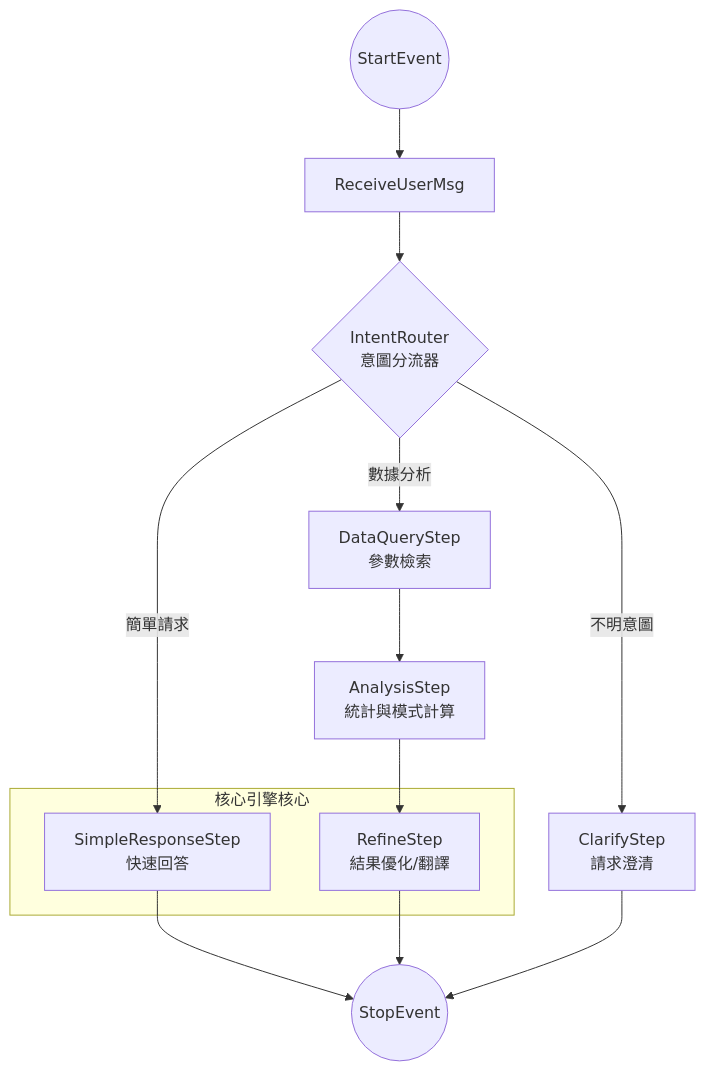
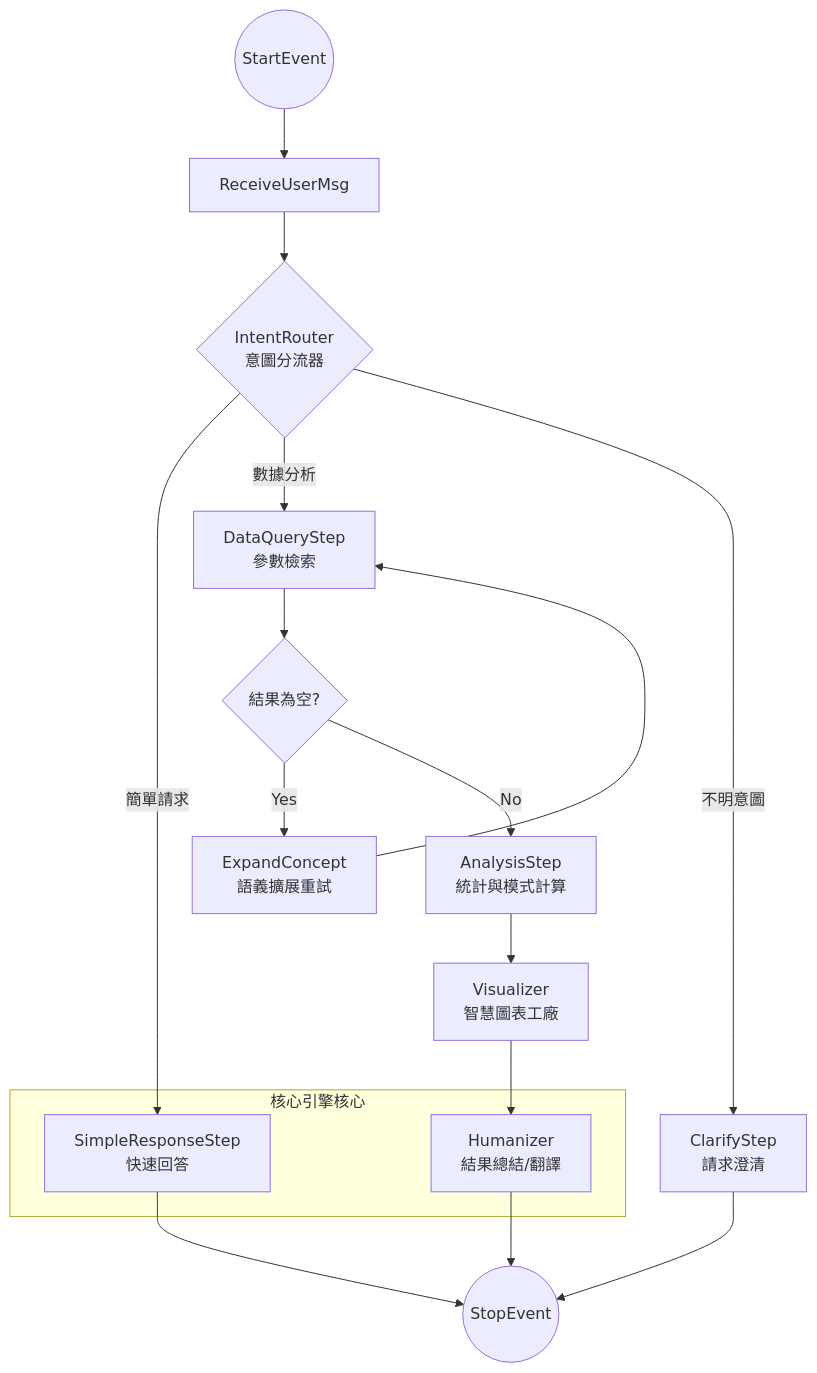
One commit to eaoge0318/Sigma2 changed the first of 2 diagrams in ai_agent/workflow_principle.md. Above: the diagram before and after it, drawn with Mermaid. The commit also changed other lines of this file and 25 other files, not shown here.

First line of the commit message:
feat(analysis): refine real-time status display and optimize large data handling

````diff
--- a/ai_agent/workflow_principle.md
+++ b/ai_agent/workflow_principle.md
@@ -11,26 +11,30 @@
 ```mermaid
 graph TD
     %% 起點
     Start((StartEvent)) --> Receive[ReceiveUserMsg]
     Receive --> Router{IntentRouter<br/>意圖分流器}
 
     %% 路徑 A: 簡單任務 (如：文字翻譯、純聊天)
     Router -- "簡單請求" --> SimplePath[SimpleResponseStep<br/>快速回答]
     SimplePath --> Stop((StopEvent))
 
     %% 路徑 B: 複雜任務 (如：數據量化分析)
     Router -- "數據分析" --> Query[DataQueryStep<br/>參數檢索]
-    Query --> Calc[AnalysisStep<br/>統計與模式計算]
-    Calc --> Refine[RefineStep<br/>結果優化/翻譯]
+    Query --> Check{結果為空?}
+    Check -- Yes --> Expand[ExpandConcept<br/>語義擴展重試]
+    Expand --> Query
+    Check -- No --> Calc[AnalysisStep<br/>統計與模式計算]
+    Calc --> Vis[Visualizer<br/>智慧圖表工廠]
+    Vis --> Refine[Humanizer<br/>結果總結/翻譯]
     Refine --> Stop
 
     %% 路徑 C: 錯誤處理 (如：迴圈防護)
     Router -- "不明意圖" --> Clarify[ClarifyStep<br/>請求澄清]
     Clarify --> Stop
     
     %% 重用節點
     subgraph "核心引擎核心"
     SimplePath
     Refine
     end
 ```
````
